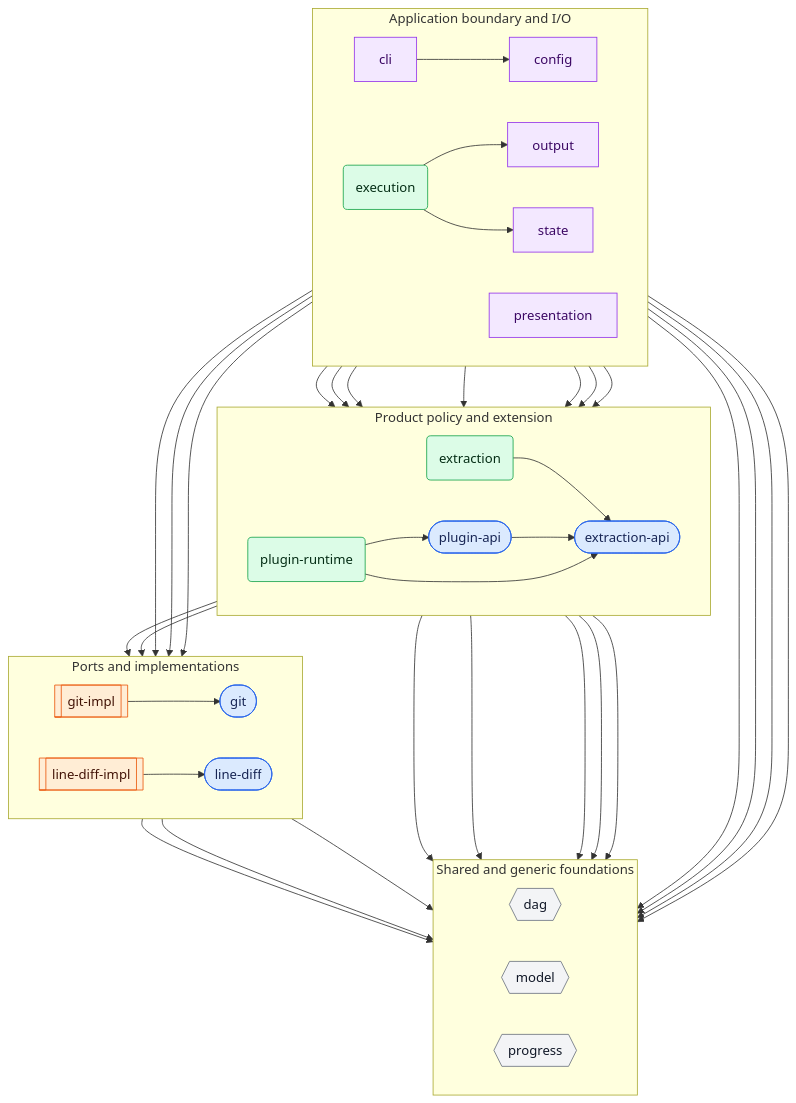
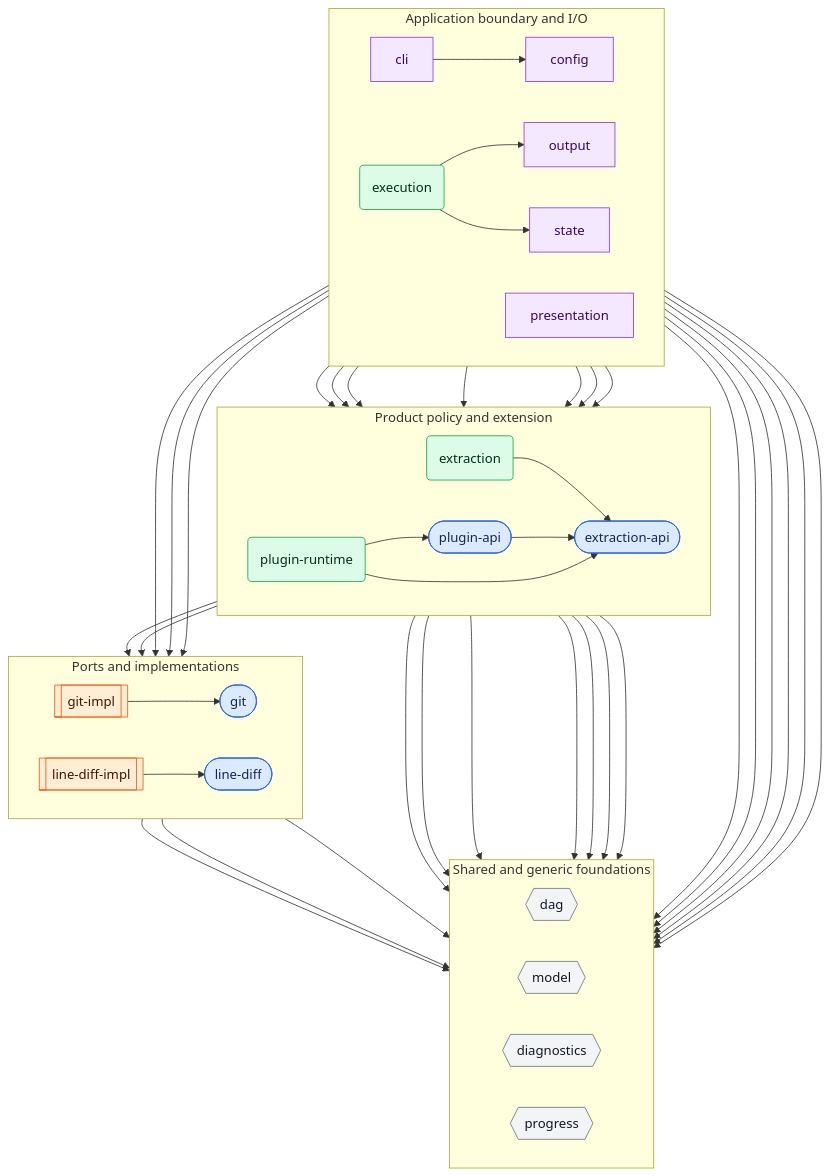
The first of 2 diagrams in packages/gitlode/docs/design/domain-design.md (gitlode/gitlode), drawn with Mermaid before and after one commit. The commit also changed other lines of this file and 32 other files, not shown here.

Commit message:
refactor(gitlode): separate diagnostics from progress

```diff
--- a/packages/gitlode/docs/design/domain-design.md
+++ b/packages/gitlode/docs/design/domain-design.md
@@ -474,6 +484,7 @@
     direction LR
     dag{{"dag"}}
     model{{"model"}}
+    diagnostics{{"diagnostics"}}
     progress{{"progress"}}
   end
 
@@ -487,11 +498,12 @@
   class gitImpl,lineDiffImpl implementation
   class execution,extraction,pluginRuntime policy
   class cli,config,output,presentation,state boundary
-  class dag,model,progress foundation
+  class dag,diagnostics,model,progress foundation
 
   cli --> config
   config --> pluginApi
 
+  execution --> diagnostics
   execution --> extraction
   execution --> extractionApi
   execution --> git
@@ -504,23 +516,26 @@
   execution --> progress
   execution --> state
 
+  presentation --> diagnostics
   presentation --> progress
   output --> extractionApi
   state --> extractionApi
   state --> model
 
+  extraction --> diagnostics
   extraction --> extractionApi
   extraction --> git
   extraction --> lineDiff
   extraction --> model
   extraction --> progress
+  extractionApi --> diagnostics
   extractionApi --> model
   extractionApi --> progress
 
   pluginApi --> extractionApi
+  pluginRuntime --> diagnostics
   pluginRuntime --> extractionApi
   pluginRuntime --> pluginApi
-  pluginRuntime --> progress
 
   git --> model
   gitImpl --> dag
```
